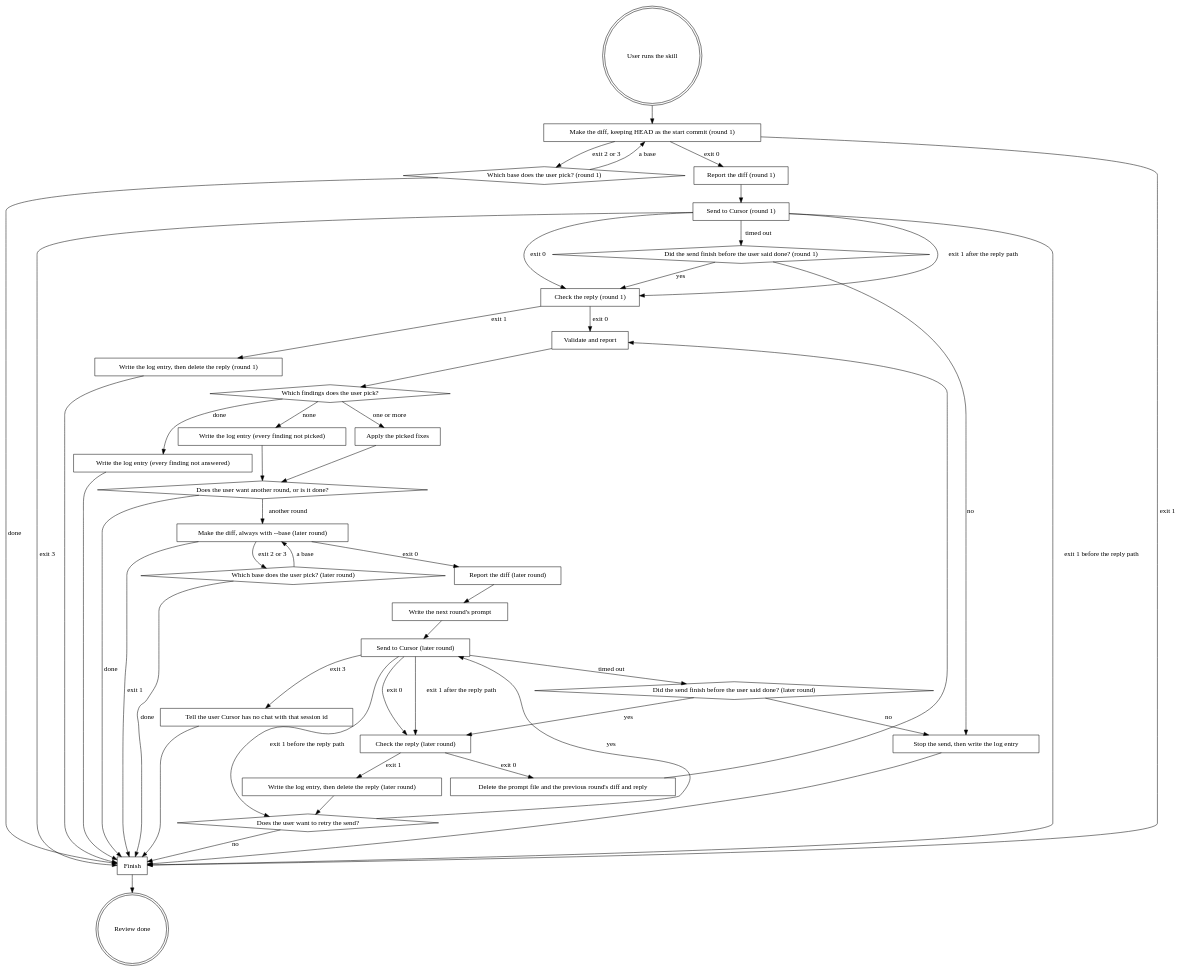
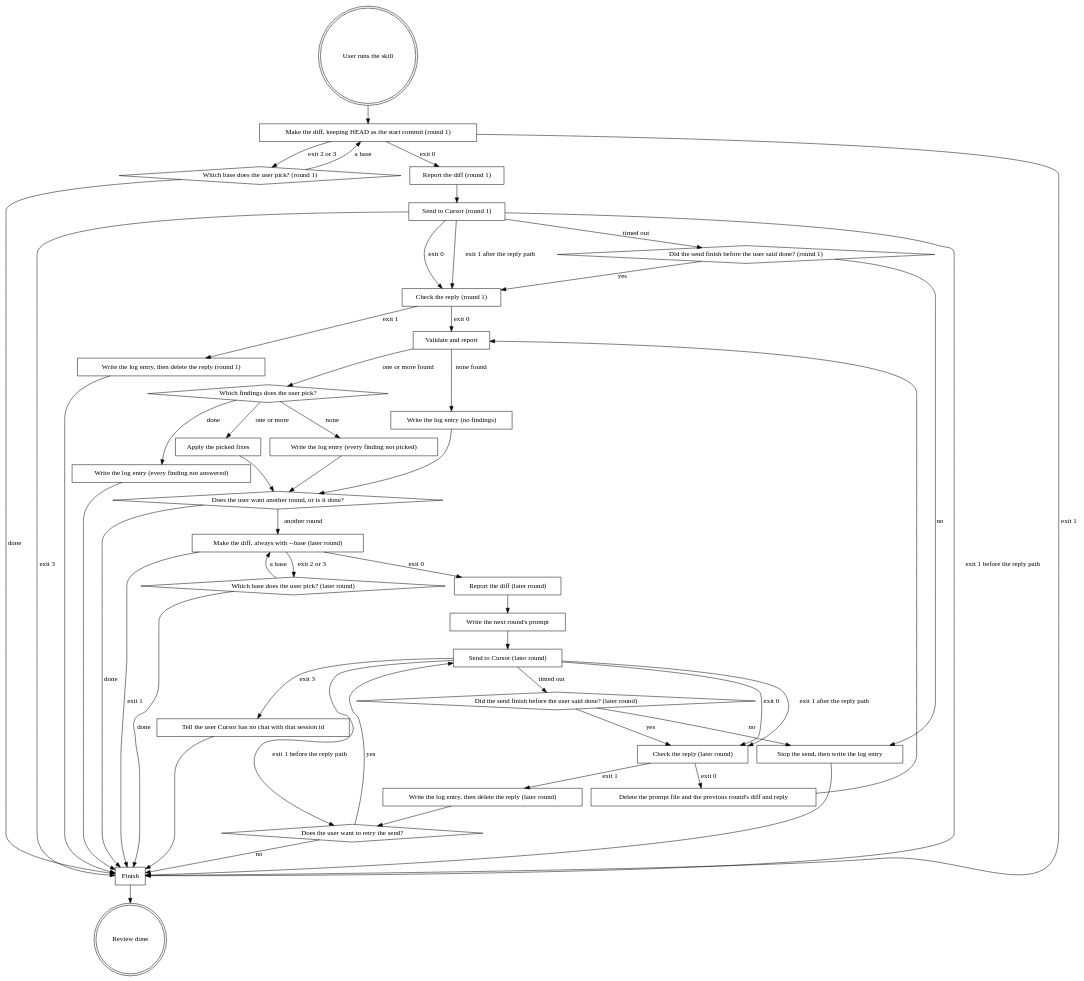
The diagram in .rulesync/skills/x-review-with-cursor-next/SKILL.md (andrej-kolic/playbook), drawn with Graphviz before and after one commit. The commit also changed 3 other files, not shown here.

First line of the commit message:
feat: skip the findings question when none found

````diff
--- a/.rulesync/skills/x-review-with-cursor-next/SKILL.md
+++ b/.rulesync/skills/x-review-with-cursor-next/SKILL.md
@@ -18,67 +18,69 @@
 ```dot
 digraph review {
     node [shape=box];
     "User runs the skill" [shape=doublecircle];
     "Which base does the user pick? (round 1)" [shape=diamond];
     "Did the send finish before the user said done? (round 1)" [shape=diamond];
     "Which findings does the user pick?" [shape=diamond];
     "Does the user want another round, or is it done?" [shape=diamond];
     "Which base does the user pick? (later round)" [shape=diamond];
     "Did the send finish before the user said done? (later round)" [shape=diamond];
     "Does the user want to retry the send?" [shape=diamond];
     "Review done" [shape=doublecircle];
 
     "User runs the skill" -> "Make the diff, keeping HEAD as the start commit (round 1)";
     "Make the diff, keeping HEAD as the start commit (round 1)" -> "Report the diff (round 1)" [label="exit 0"];
     "Make the diff, keeping HEAD as the start commit (round 1)" -> "Finish" [label="exit 1"];
     "Make the diff, keeping HEAD as the start commit (round 1)" -> "Which base does the user pick? (round 1)" [label="exit 2 or 3"];
     "Which base does the user pick? (round 1)" -> "Make the diff, keeping HEAD as the start commit (round 1)" [label="a base"];
     "Which base does the user pick? (round 1)" -> "Finish" [label="done"];
     "Report the diff (round 1)" -> "Send to Cursor (round 1)";
     "Send to Cursor (round 1)" -> "Check the reply (round 1)" [label="exit 0"];
     "Send to Cursor (round 1)" -> "Check the reply (round 1)" [label="exit 1 after the reply path"];
     "Send to Cursor (round 1)" -> "Finish" [label="exit 1 before the reply path"];
     "Send to Cursor (round 1)" -> "Finish" [label="exit 3"];
     "Send to Cursor (round 1)" -> "Did the send finish before the user said done? (round 1)" [label="timed out"];
     "Did the send finish before the user said done? (round 1)" -> "Check the reply (round 1)" [label="yes"];
     "Did the send finish before the user said done? (round 1)" -> "Stop the send, then write the log entry" [label="no"];
     "Check the reply (round 1)" -> "Validate and report" [label="exit 0"];
     "Check the reply (round 1)" -> "Write the log entry, then delete the reply (round 1)" [label="exit 1"];
     "Write the log entry, then delete the reply (round 1)" -> "Finish";
 
-    "Validate and report" -> "Which findings does the user pick?";
+    "Validate and report" -> "Which findings does the user pick?" [label="one or more found"];
+    "Validate and report" -> "Write the log entry (no findings)" [label="none found"];
+    "Write the log entry (no findings)" -> "Does the user want another round, or is it done?";
     "Which findings does the user pick?" -> "Apply the picked fixes" [label="one or more"];
     "Which findings does the user pick?" -> "Write the log entry (every finding not picked)" [label="none"];
     "Which findings does the user pick?" -> "Write the log entry (every finding not answered)" [label="done"];
     "Apply the picked fixes" -> "Does the user want another round, or is it done?";
     "Write the log entry (every finding not picked)" -> "Does the user want another round, or is it done?";
     "Write the log entry (every finding not answered)" -> "Finish";
     "Does the user want another round, or is it done?" -> "Make the diff, always with --base (later round)" [label="another round"];
     "Does the user want another round, or is it done?" -> "Finish" [label="done"];
 
     "Make the diff, always with --base (later round)" -> "Report the diff (later round)" [label="exit 0"];
     "Make the diff, always with --base (later round)" -> "Finish" [label="exit 1"];
     "Make the diff, always with --base (later round)" -> "Which base does the user pick? (later round)" [label="exit 2 or 3"];
     "Which base does the user pick? (later round)" -> "Make the diff, always with --base (later round)" [label="a base"];
     "Which base does the user pick? (later round)" -> "Finish" [label="done"];
     "Report the diff (later round)" -> "Write the next round's prompt";
     "Write the next round's prompt" -> "Send to Cursor (later round)";
     "Send to Cursor (later round)" -> "Check the reply (later round)" [label="exit 0"];
     "Send to Cursor (later round)" -> "Check the reply (later round)" [label="exit 1 after the reply path"];
     "Send to Cursor (later round)" -> "Does the user want to retry the send?" [label="exit 1 before the reply path"];
     "Send to Cursor (later round)" -> "Tell the user Cursor has no chat with that session id" [label="exit 3"];
     "Send to Cursor (later round)" -> "Did the send finish before the user said done? (later round)" [label="timed out"];
     "Tell the user Cursor has no chat with that session id" -> "Finish";
     "Did the send finish before the user said done? (later round)" -> "Check the reply (later round)" [label="yes"];
     "Did the send finish before the user said done? (later round)" -> "Stop the send, then write the log entry" [label="no"];
     "Check the reply (later round)" -> "Delete the prompt file and the previous round's diff and reply" [label="exit 0"];
     "Check the reply (later round)" -> "Write the log entry, then delete the reply (later round)" [label="exit 1"];
     "Delete the prompt file and the previous round's diff and reply" -> "Validate and report";
     "Write the log entry, then delete the reply (later round)" -> "Does the user want to retry the send?";
     "Does the user want to retry the send?" -> "Send to Cursor (later round)" [label="yes"];
     "Does the user want to retry the send?" -> "Finish" [label="no"];
 
     "Stop the send, then write the log entry" -> "Finish";
     "Finish" -> "Review done";
 }
 ```
````
